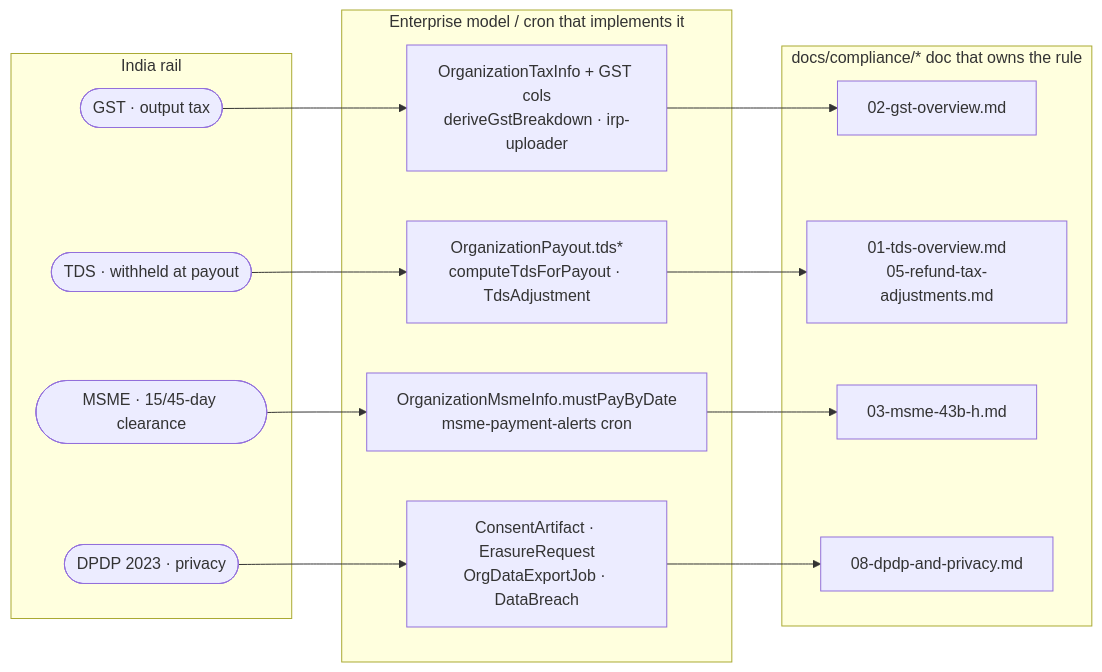
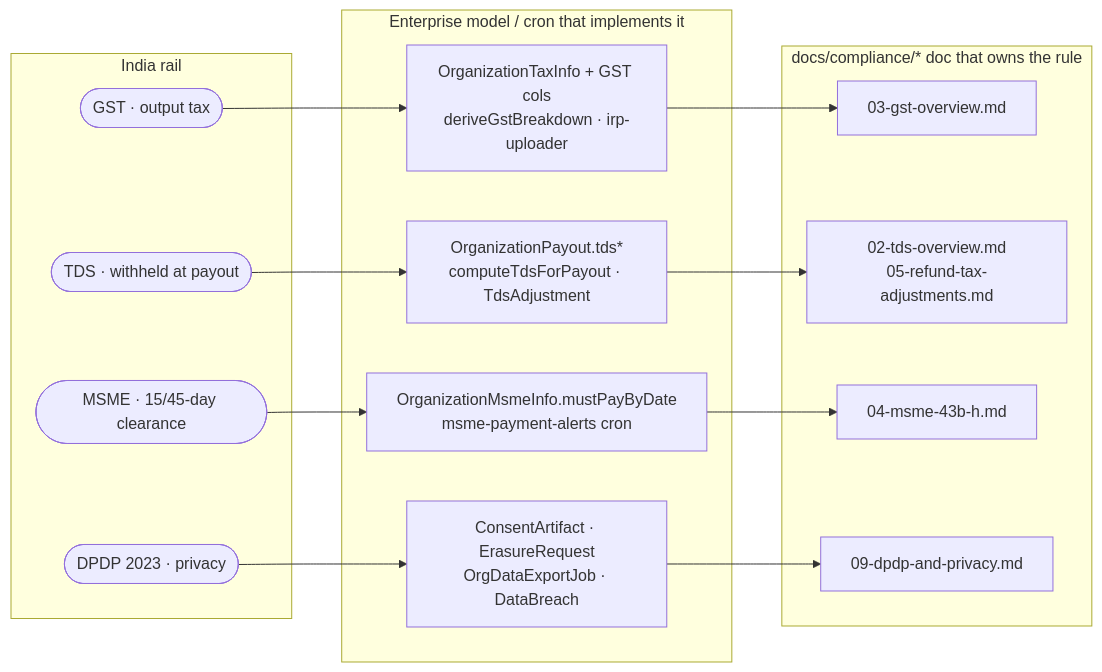
The second of 3 diagrams in docs/enterprise/40-compliance-and-data/01-compliance-dpdp-gst-tds-msme.md (Practitionist/familiarise_web), drawn with Mermaid before and after one commit. The commit also changed other lines of this file and 142 other files, not shown here.

Commit message:
chore(arch): address CodeRabbit review, enforce Zod schemas, 85/15 docs & contiguous numbering

````diff
--- a/docs/enterprise/40-compliance-and-data/01-compliance-dpdp-gst-tds-msme.md
+++ b/docs/enterprise/40-compliance-and-data/01-compliance-dpdp-gst-tds-msme.md
@@ -41,25 +41,25 @@
 ```mermaid
 flowchart LR
     subgraph RAILS["India rail"]
         GST([GST · output tax])
         TDS([TDS · withheld at payout])
         MSME([MSME · 15/45-day clearance])
         DPDP([DPDP 2023 · privacy])
     end
     subgraph IMPL["Enterprise model / cron that implements it"]
         GSTI["OrganizationTaxInfo + GST cols<br/>deriveGstBreakdown · irp-uploader"]
         TDSI["OrganizationPayout.tds*<br/>computeTdsForPayout · TdsAdjustment"]
         MSMEI["OrganizationMsmeInfo.mustPayByDate<br/>msme-payment-alerts cron"]
         DPDPI["ConsentArtifact · ErasureRequest<br/>OrgDataExportJob · DataBreach"]
     end
     subgraph OWNS["docs/compliance/* doc that owns the rule"]
-        GSTD["02-gst-overview.md"]
-        TDSD["01-tds-overview.md<br/>05-refund-tax-adjustments.md"]
-        MSMED["03-msme-43b-h.md"]
-        DPDPD["08-dpdp-and-privacy.md"]
+        GSTD["03-gst-overview.md"]
+        TDSD["02-tds-overview.md<br/>05-refund-tax-adjustments.md"]
+        MSMED["04-msme-43b-h.md"]
+        DPDPD["09-dpdp-and-privacy.md"]
     end
     GST --> GSTI --> GSTD
     TDS --> TDSI --> TDSD
     MSME --> MSMEI --> MSMED
     DPDP --> DPDPI --> DPDPD
 ```
````
